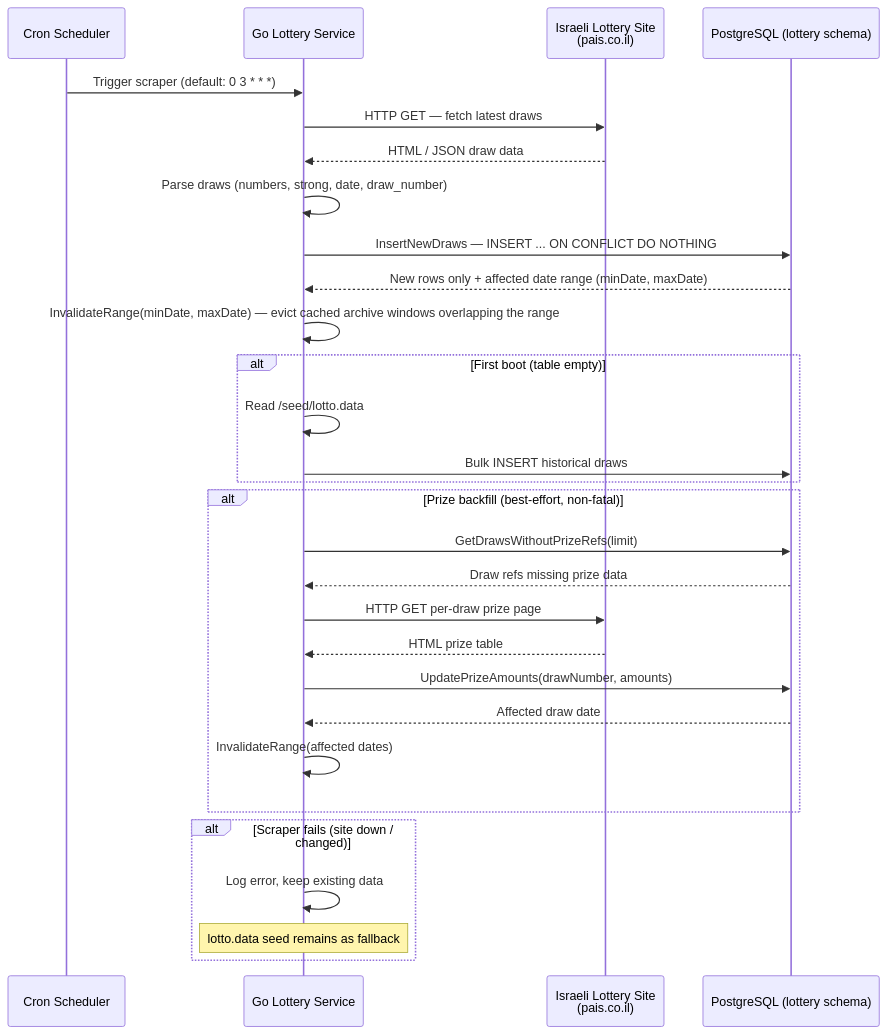
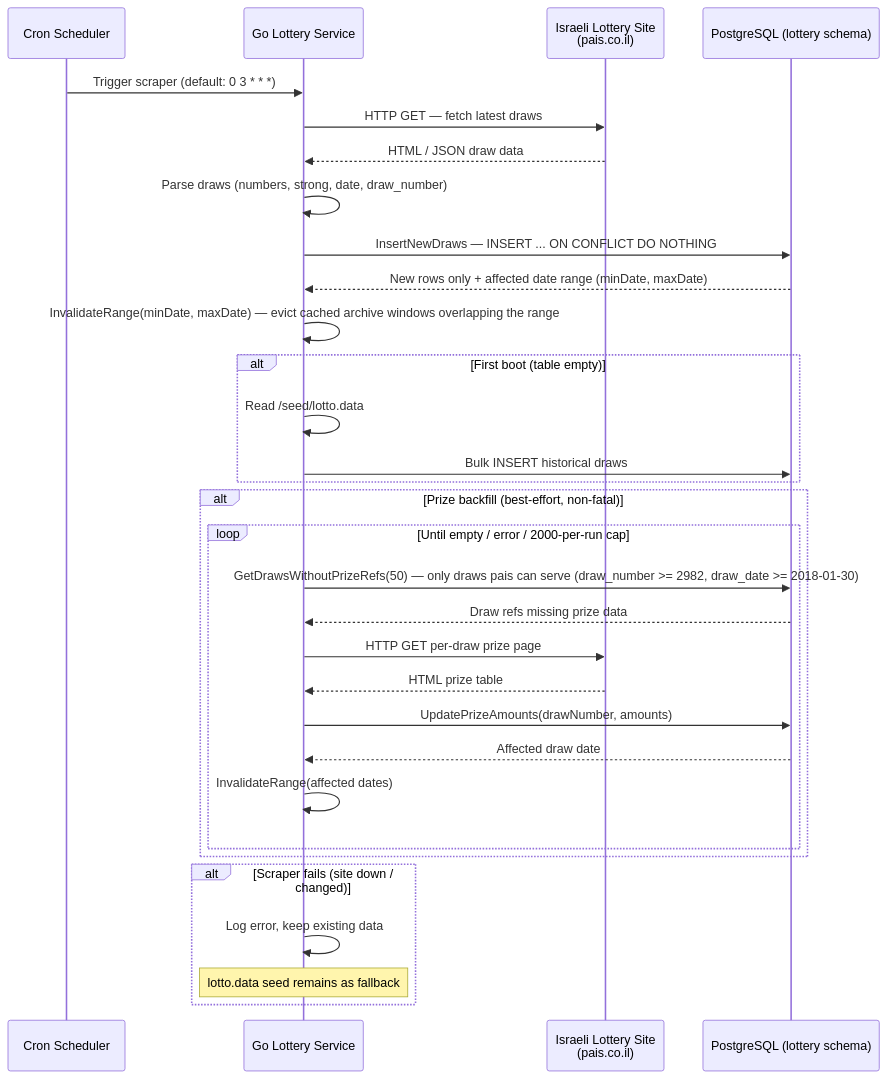
The sixth of 10 diagrams in docs/FLOWS.md (lihai1/statistiloto-orchestrator), drawn with Mermaid before and after one commit. The commit also changed other lines of this file and 2 other files, not shown here.

Commit message:
docs: sync scraper queue + prize backfill behavior; bump server, lottery-stats-server
- API.md/FLOWS.md: document admin scraper endpoints, Redis stream/hash
  contract, prize-backfill drain loop and pais reachability window,
  Simulate union-window archive load; fix mermaid parse errors (';' in
  sequence-diagram message text)
- AGENTS.md: Redis now also carries the scraper queue keys
- submodule bumps for the Redis probe race fix (server) and the
  prize-drain + simulate-window fixes (lottery-stats-server)

Generated with [Devin](https://devin.ai)

````diff
--- a/docs/FLOWS.md
+++ b/docs/FLOWS.md
@@ -240,35 +240,37 @@
 ```mermaid
 sequenceDiagram
     participant CRON as Cron Scheduler
     participant G as Go Lottery Service
     participant WEB as Israeli Lottery Site<br/>(pais.co.il)
     participant DB as PostgreSQL (lottery schema)
 
     CRON->>G: Trigger scraper (default: 0 3 * * *)
     G->>WEB: HTTP GET — fetch latest draws
     WEB-->>G: HTML / JSON draw data
     G->>G: Parse draws (numbers, strong, date, draw_number)
     G->>DB: InsertNewDraws — INSERT ... ON CONFLICT DO NOTHING
     DB-->>G: New rows only + affected date range (minDate, maxDate)
     G->>G: InvalidateRange(minDate, maxDate) — evict cached archive windows overlapping the range
 
     alt First boot (table empty)
         G->>G: Read /seed/lotto.data
         G->>DB: Bulk INSERT historical draws
     end
 
     alt Prize backfill (best-effort, non-fatal)
-        G->>DB: GetDrawsWithoutPrizeRefs(limit)
-        DB-->>G: Draw refs missing prize data
-        G->>WEB: HTTP GET per-draw prize page
-        WEB-->>G: HTML prize table
-        G->>DB: UpdatePrizeAmounts(drawNumber, amounts)
-        DB-->>G: Affected draw date
-        G->>G: InvalidateRange(affected dates)
+        loop Until empty / error / 2000-per-run cap
+            G->>DB: GetDrawsWithoutPrizeRefs(50) — only draws pais can serve (draw_number >= 2982, draw_date >= 2018-01-30)
+            DB-->>G: Draw refs missing prize data
+            G->>WEB: HTTP GET per-draw prize page
+            WEB-->>G: HTML prize table
+            G->>DB: UpdatePrizeAmounts(drawNumber, amounts)
+            DB-->>G: Affected draw date
+            G->>G: InvalidateRange(affected dates)
+        end
     end
 
     alt Scraper fails (site down / changed)
         G->>G: Log error, keep existing data
         Note over G: lotto.data seed remains as fallback
     end
 ```
````
